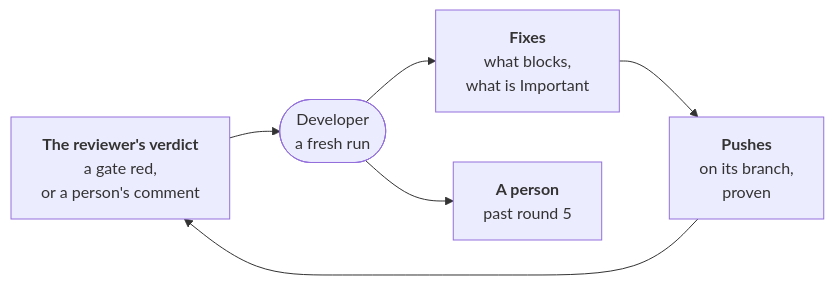
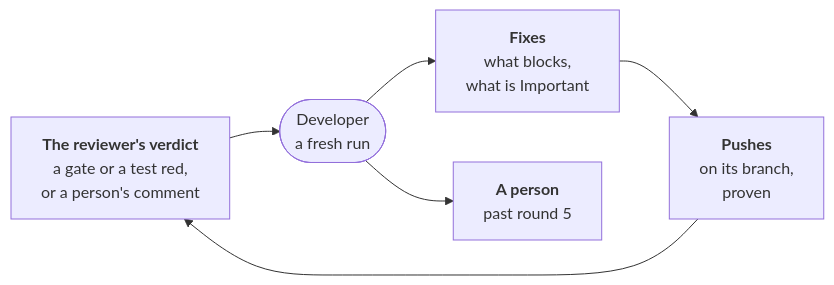
The diagram in roles/developer/docs/review-loop.md (JN0V/workline), drawn with Mermaid before and after one commit. The commit also changed other lines of this file and 4 other files, not shown here.

````diff
--- a/roles/developer/docs/review-loop.md
+++ b/roles/developer/docs/review-loop.md
@@ -13,10 +15,10 @@
 ```mermaid
 flowchart LR
-  verdict["<b>The reviewer's verdict</b><br/>a gate red,<br/>or a person's comment"]
+  verdict["<b>The reviewer's verdict</b><br/>a gate or a test red,<br/>or a person's comment"]
   run(["Developer<br/>a fresh run"])
   fix["<b>Fixes</b><br/>what blocks,<br/>what is Important"]
   push["<b>Pushes</b><br/>on its branch,<br/>proven"]
   person["<b>A person</b><br/>past round 5"]
   verdict --> run --> fix --> push --> verdict
   run --> person
 ```
````
